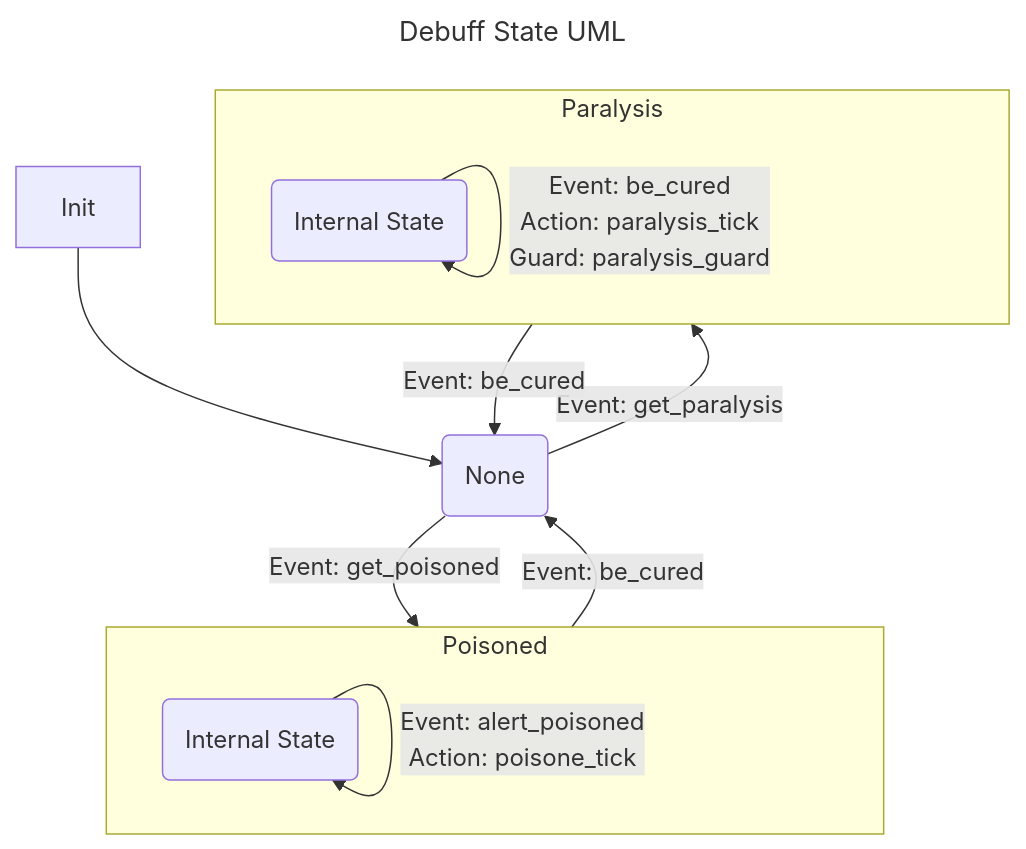
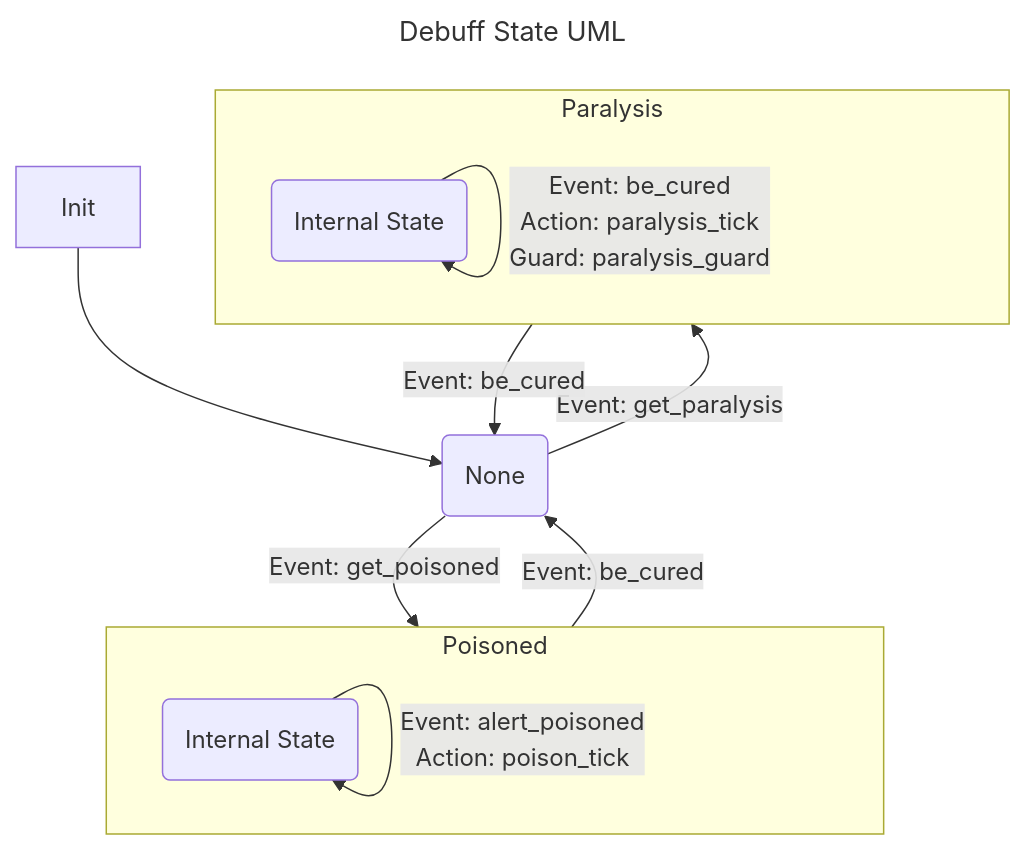
Before and after one commit to tongmon/fundamental-practice: the fifth of 5 diagrams in Programming Pattern/Behavioral Pattern/State.md, drawn with Mermaid. The commit also changed other lines of this file, not shown here.

````diff
--- a/Programming Pattern/Behavioral Pattern/State.md
+++ b/Programming Pattern/Behavioral Pattern/State.md
@@ -1215,22 +1256,22 @@
 ```mermaid
 ---
 title : Debuff State UML
 ---
 
 flowchart TD
 
     subgraph Poisoned[Poisoned]
-        PoisonedInternalState(Internal State) --> |Event: alert_poisoned\nAction: poisone_tick| PoisonedInternalState
+        PoisonedInternalState(Internal State) --> |Event: alert_poisoned\nAction: poison_tick| PoisonedInternalState
     end
 
     subgraph Paralysis[Paralysis]
         ParalysisInternalState(Internal State) --> |Event: be_cured\nAction: paralysis_tick\nGuard: paralysis_guard| ParalysisInternalState
     end
 
     Init[Init] --> None(None)
     None -->|Event: get_poisoned| Poisoned
     None -->|Event: get_paralysis| Paralysis
     Poisoned -->|Event: be_cured| None
     Paralysis -->|Event: be_cured| None
 
 ```
````
